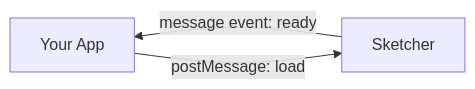
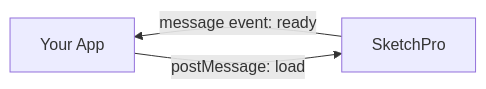
One commit to woolpert-digital-innovations/sketcher-sdk changed the third of 15 diagrams in docs/integration-guide.md. Above: the diagram before and after it, drawn with Mermaid. The commit also changed other lines of this file and 4 other files, not shown here.

````diff
--- a/docs/integration-guide.md
+++ b/docs/integration-guide.md
@@ -73,6 +73,6 @@
 ```mermaid
 graph RL;
-    sa[Sketcher]-- message event: ready -->app;
-    app[Your App]-- postMessage: load -->sa[Sketcher];
+    sa[SketchPro]-- message event: ready -->app;
+    app[Your App]-- postMessage: load -->sa[SketchPro];
 
 ```
````
